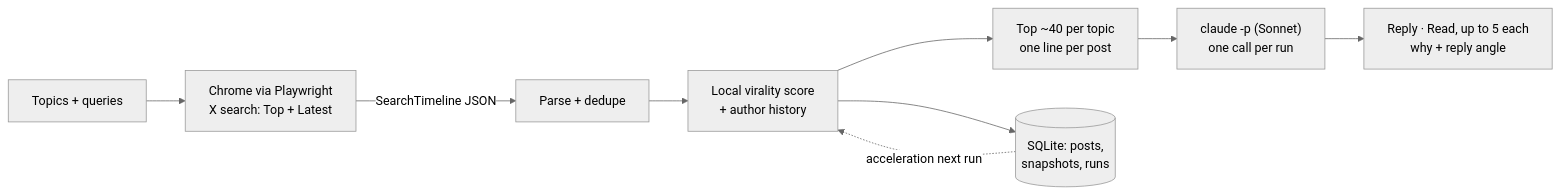
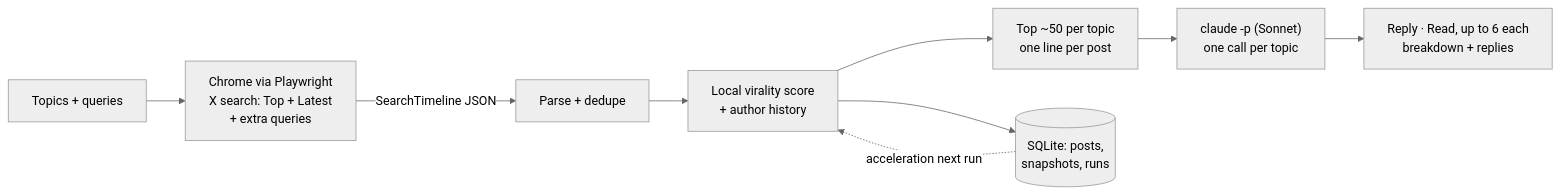
Before and after one commit to Sentimenta1ist/x-scout: the diagram in README.md, drawn with Mermaid (neutral theme). The commit also changed other lines of this file and 8 other files, not shown here.

First line of the commit message:
Topics: up to 10, extra search queries, one Claude call per topic with a full breakdown, minimal one-column feed

````diff
--- a/README.md
+++ b/README.md
@@ -93,11 +93,11 @@
 ```mermaid
 flowchart LR
-    A[Topics + queries] --> B[Chrome via Playwright<br/>X search: Top + Latest]
+    A[Topics + queries] --> B[Chrome via Playwright<br/>X search: Top + Latest<br/>+ extra queries]
     B -->|SearchTimeline JSON| C[Parse + dedupe]
     C --> D[Local virality score<br/>+ author history]
-    D --> E[Top ~40 per topic<br/>one line per post]
-    E --> F["claude -p (Sonnet)<br/>one call per run"]
-    F --> G[Reply · Read, up to 5 each<br/>why + reply angle]
+    D --> E[Top ~50 per topic<br/>one line per post]
+    E --> F["claude -p (Sonnet)<br/>one call per topic"]
+    F --> G[Reply · Read, up to 6 each<br/>breakdown + replies]
     D --> H[(SQLite: posts,<br/>snapshots, runs)]
     H -.->|acceleration next run| D
 ```
````
